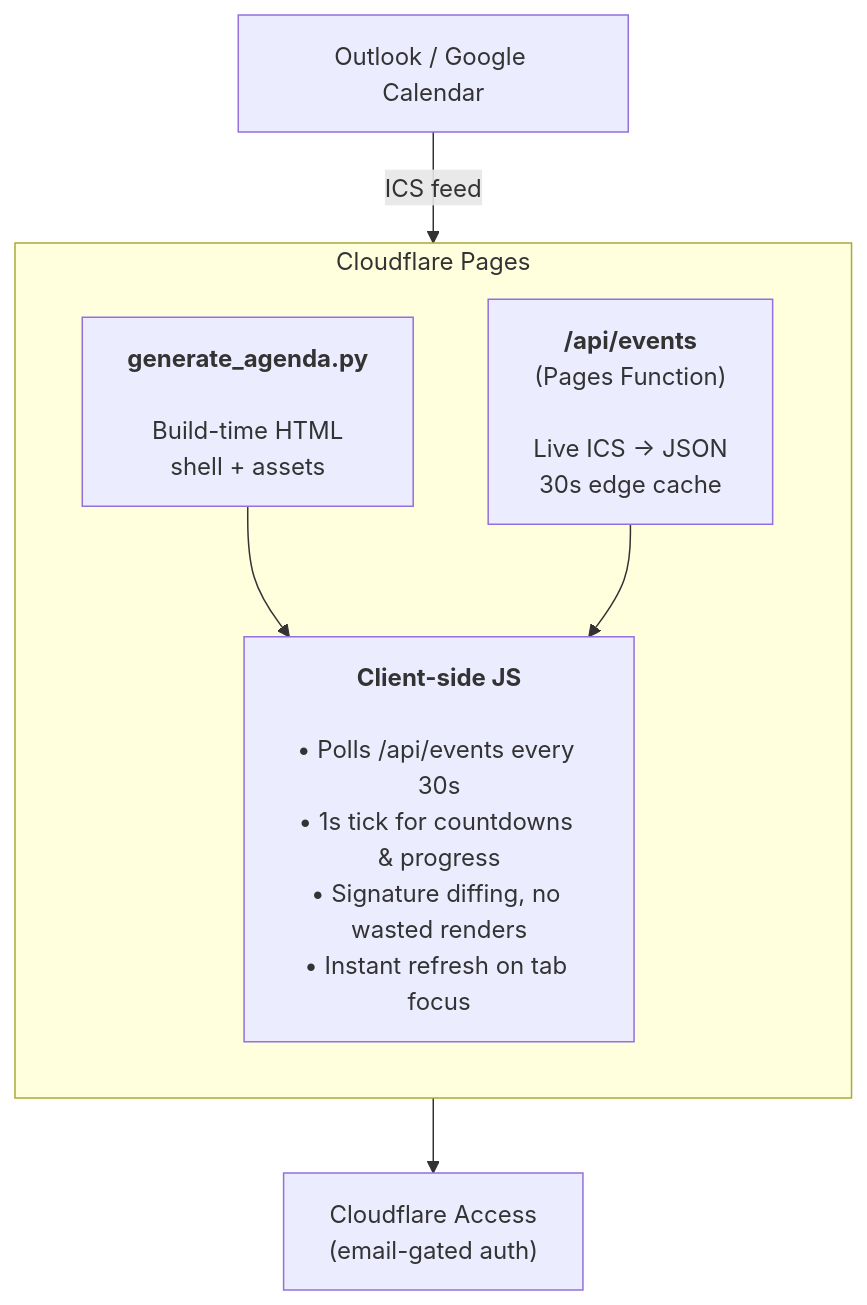
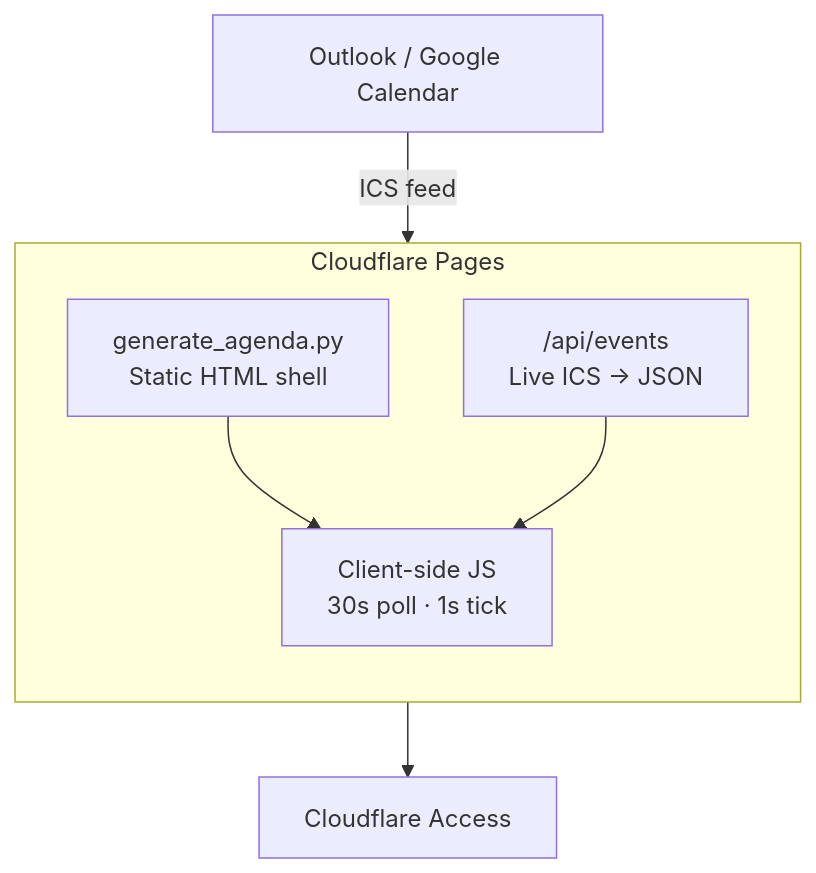
The diagram in README.md (franktomasello/github-actions-live-agenda), drawn with Mermaid before and after one commit.

Commit message:
Compact Mermaid architecture diagram

````diff
--- a/README.md
+++ b/README.md
@@ -25,15 +25,15 @@
 ```mermaid
 flowchart TB
     A["Outlook / Google Calendar"] -- "ICS feed" --> B
 
     subgraph B ["Cloudflare Pages"]
         direction TB
-        C["<b>generate_agenda.py</b><br/><br/>Build-time HTML<br/>shell + assets"]
-        D["<b>/api/events</b><br/>(Pages Function)<br/><br/>Live ICS → JSON<br/>30s edge cache"]
-        E["<b>Client-side JS</b><br/><br/>• Polls /api/events every 30s<br/>• 1s tick for countdowns &amp; progress<br/>• Signature diffing, no wasted renders<br/>• Instant refresh on tab focus"]
+        C["generate_agenda.py<br/>Static HTML shell"]
+        D["/api/events<br/>Live ICS → JSON"]
+        E["Client-side JS<br/>30s poll · 1s tick"]
         C --> E
         D --> E
     end
 
-    E --> F["Cloudflare Access<br/>(email-gated auth)"]
+    E --> F["Cloudflare Access"]
 ```
````
